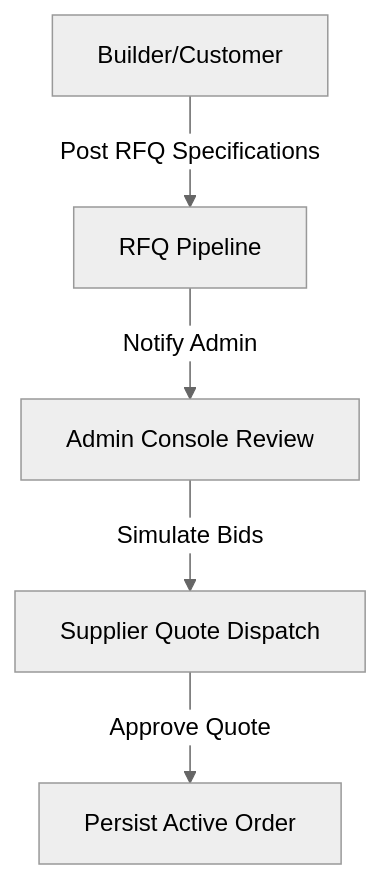
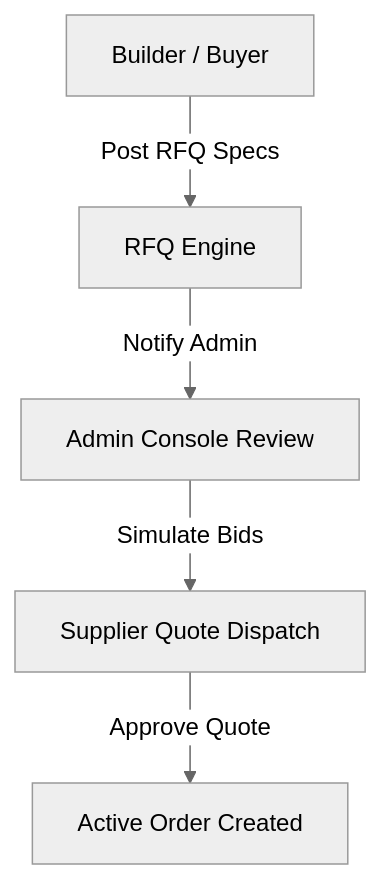
The fourth of 7 diagrams in README.md (Abhijeetm96/Arcus-B2B), drawn with Mermaid (neutral theme) before and after one commit. The commit also changed other lines of this file, not shown here.

Commit message:
docs: update README.md to reflect Phase 5 architecture - v2.0.0

````diff
--- a/README.md
+++ b/README.md
@@ -172,7 +164,7 @@
 ```mermaid
 graph TD
-    A[Builder/Customer] -->|Post RFQ Specifications| B[RFQ Pipeline]
+    A[Builder / Buyer] -->|Post RFQ Specs| B[RFQ Engine]
     B -->|Notify Admin| C[Admin Console Review]
     C -->|Simulate Bids| D[Supplier Quote Dispatch]
-    D -->|Approve Quote| E[Persist Active Order]
+    D -->|Approve Quote| E[Active Order Created]
 ```
````
